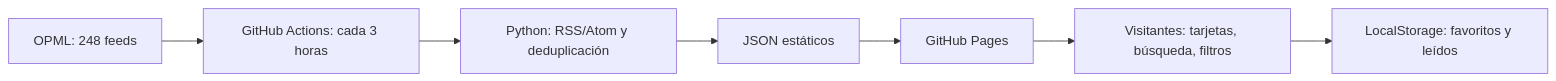
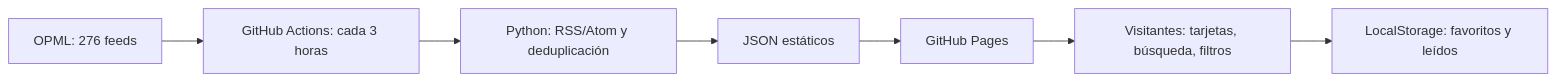
The diagram in README.md (medinacaj/notisonda), drawn with Mermaid before and after one commit. The commit also changed other lines of this file and 31 other files, not shown here.

````diff
--- a/README.md
+++ b/README.md
@@ -9,9 +9,9 @@
 ```mermaid
 flowchart LR
-  A[OPML: 248 feeds] --> B[GitHub Actions: cada 3 horas]
+  A[OPML: 276 feeds] --> B[GitHub Actions: cada 3 horas]
   B --> C[Python: RSS/Atom y deduplicación]
   C --> D[JSON estáticos]
   D --> E[GitHub Pages]
   E --> F[Visitantes: tarjetas, búsqueda, filtros]
   F --> G[LocalStorage: favoritos y leídos]
 ```
````
